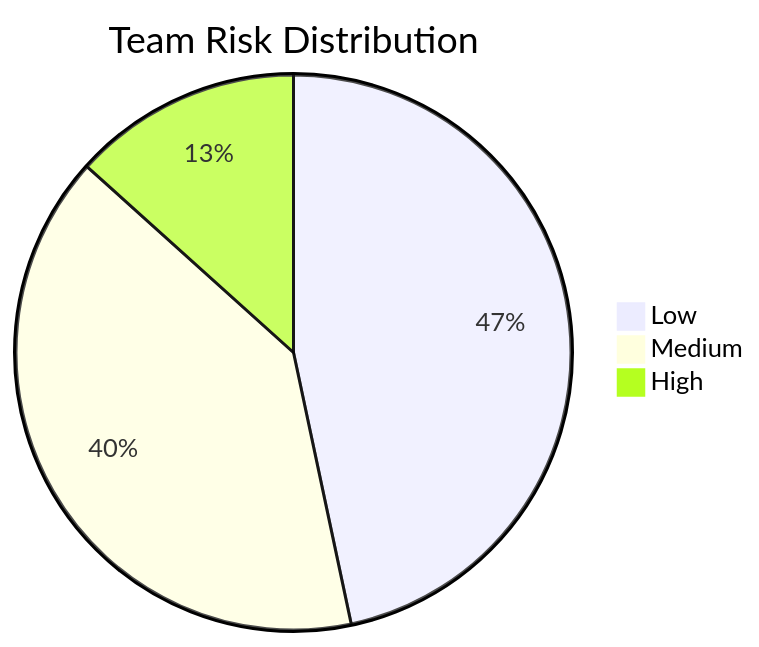
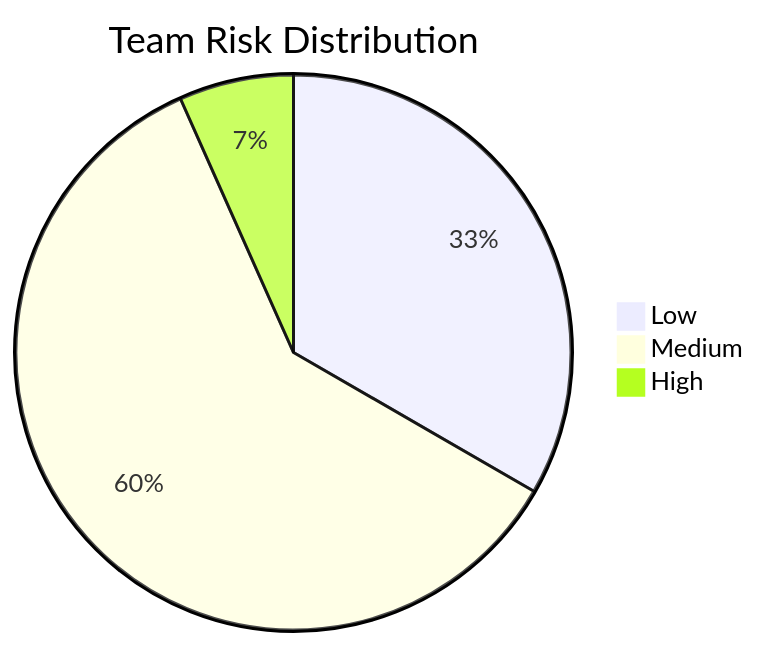
One commit to techsuresh82/fpl-analyzer changed the fifth of 6 diagrams in fpl_report.md. Above: the diagram before and after it, drawn with Mermaid. The commit also changed other lines of this file, not shown here.

````diff
--- a/fpl_report.md
+++ b/fpl_report.md
@@ -341,6 +327,6 @@
 ```mermaid
 pie title Team Risk Distribution
-    "Low" : 7
-    "Medium" : 6
-    "High" : 2
+    "Low" : 5
+    "Medium" : 9
+    "High" : 1
 ```
````
